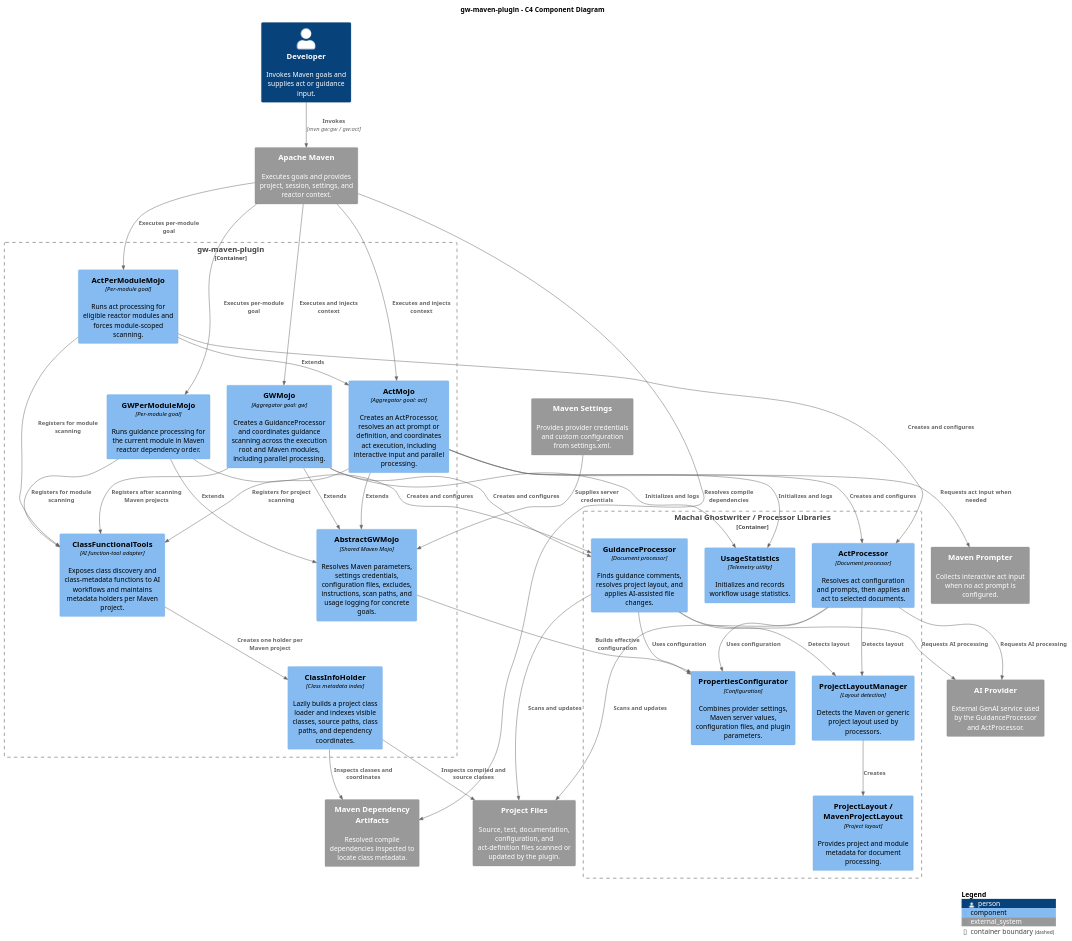
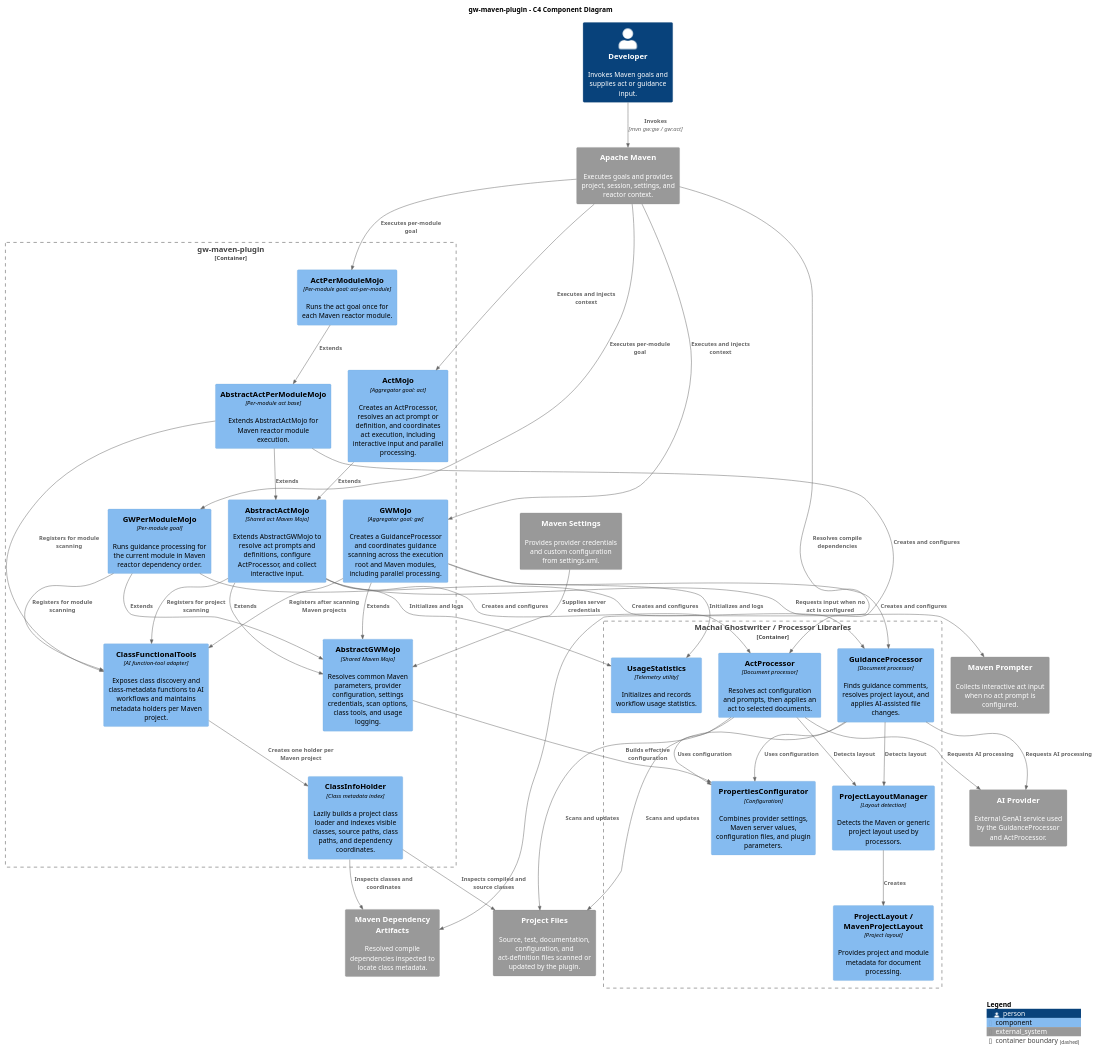
One commit to machanism-org/machai changed the diagram in gw-maven-plugin/src/site/puml/project-structure/c4-diagram.puml. Above: the diagram before and after it, drawn with PlantUML. The commit also changed 5 other files, not shown here.

```diff
--- a/gw-maven-plugin/src/site/puml/project-structure/c4-diagram.puml
+++ b/gw-maven-plugin/src/site/puml/project-structure/c4-diagram.puml
@@ -10,74 +10,78 @@
 @startuml gw-maven-plugin-components
 !include <C4/C4_Component>
 
 LAYOUT_WITH_LEGEND()
 
 title gw-maven-plugin - C4 Component Diagram
 
 Person(developer, "Developer", "Invokes Maven goals and supplies act or guidance input.")
 
 System_Ext(maven, "Apache Maven", "Executes goals and provides project, session, settings, and reactor context.")
 System_Ext(maven_settings, "Maven Settings", "Provides provider credentials and custom configuration from settings.xml.")
 System_Ext(dependency_artifacts, "Maven Dependency Artifacts", "Resolved compile dependencies inspected to locate class metadata.")
 System_Ext(prompter, "Maven Prompter", "Collects interactive act input when no act prompt is configured.")
 System_Ext(ai_provider, "AI Provider", "External GenAI service used by the GuidanceProcessor and ActProcessor.")
 System_Ext(project_files, "Project Files", "Source, test, documentation, configuration, and act-definition files scanned or updated by the plugin.")
 
 Container_Boundary(plugin, "gw-maven-plugin") {
-    Component(abstract_mojo, "AbstractGWMojo", "Shared Maven Mojo", "Resolves Maven parameters, settings credentials, configuration files, excludes, instructions, scan paths, and usage logging for concrete goals.")
+    Component(abstract_gw_mojo, "AbstractGWMojo", "Shared Maven Mojo", "Resolves common Maven parameters, provider configuration, settings credentials, scan options, class tools, and usage logging.")
+    Component(abstract_act_mojo, "AbstractActMojo", "Shared act Maven Mojo", "Extends AbstractGWMojo to resolve act prompts and definitions, configure ActProcessor, and collect interactive input.")
+    Component(abstract_act_per_module_mojo, "AbstractActPerModuleMojo", "Per-module act base", "Extends AbstractActMojo for Maven reactor module execution.")
     Component(gw_mojo, "GWMojo", "Aggregator goal: gw", "Creates a GuidanceProcessor and coordinates guidance scanning across the execution root and Maven modules, including parallel processing.")
     Component(act_mojo, "ActMojo", "Aggregator goal: act", "Creates an ActProcessor, resolves an act prompt or definition, and coordinates act execution, including interactive input and parallel processing.")
     Component(gw_per_module_mojo, "GWPerModuleMojo", "Per-module goal", "Runs guidance processing for the current module in Maven reactor dependency order.")
-    Component(act_per_module_mojo, "ActPerModuleMojo", "Per-module goal", "Runs act processing for eligible reactor modules and forces module-scoped scanning.")
+    Component(act_per_module_mojo, "ActPerModuleMojo", "Per-module goal: act-per-module", "Runs the act goal once for each Maven reactor module.")
     Component(class_tools, "ClassFunctionalTools", "AI function-tool adapter", "Exposes class discovery and class-metadata functions to AI workflows and maintains metadata holders per Maven project.")
     Component(class_info_holder, "ClassInfoHolder", "Class metadata index", "Lazily builds a project class loader and indexes visible classes, source paths, class paths, and dependency coordinates.")
 }
 
 Container_Boundary(ghostwriter, "Machai Ghostwriter / Processor Libraries") {
     Component(guidance_processor, "GuidanceProcessor", "Document processor", "Finds guidance comments, resolves project layout, and applies AI-assisted file changes.")
     Component(act_processor, "ActProcessor", "Document processor", "Resolves act configuration and prompts, then applies an act to selected documents.")
     Component(project_layout_manager, "ProjectLayoutManager", "Layout detection", "Detects the Maven or generic project layout used by processors.")
     Component(project_layout, "ProjectLayout / MavenProjectLayout", "Project layout", "Provides project and module metadata for document processing.")
     Component(configurator, "PropertiesConfigurator", "Configuration", "Combines provider settings, Maven server values, configuration files, and plugin parameters.")
     Component(usage_stats, "UsageStatistics", "Telemetry utility", "Initializes and records workflow usage statistics.")
 }
 
 Rel(developer, maven, "Invokes", "mvn gw:gw / gw:act")
 Rel(maven, gw_mojo, "Executes and injects context")
 Rel(maven, act_mojo, "Executes and injects context")
 Rel(maven, gw_per_module_mojo, "Executes per-module goal")
 Rel(maven, act_per_module_mojo, "Executes per-module goal")
 Rel(maven, dependency_artifacts, "Resolves compile dependencies")
-Rel(maven_settings, abstract_mojo, "Supplies server credentials")
-Rel(act_mojo, prompter, "Requests act input when needed")
-Rel(abstract_mojo, configurator, "Builds effective configuration")
+Rel(maven_settings, abstract_gw_mojo, "Supplies server credentials")
+Rel(abstract_act_mojo, prompter, "Requests input when no act is configured")
+Rel(abstract_gw_mojo, configurator, "Builds effective configuration")
 
-Rel(gw_mojo, abstract_mojo, "Extends")
-Rel(act_mojo, abstract_mojo, "Extends")
-Rel(gw_per_module_mojo, abstract_mojo, "Extends")
-Rel(act_per_module_mojo, act_mojo, "Extends")
+Rel(gw_mojo, abstract_gw_mojo, "Extends")
+Rel(abstract_act_mojo, abstract_gw_mojo, "Extends")
+Rel(act_mojo, abstract_act_mojo, "Extends")
+Rel(abstract_act_per_module_mojo, abstract_act_mojo, "Extends")
+Rel(act_per_module_mojo, abstract_act_per_module_mojo, "Extends")
+Rel(gw_per_module_mojo, abstract_gw_mojo, "Extends")
 Rel(gw_mojo, guidance_processor, "Creates and configures")
-Rel(act_mojo, act_processor, "Creates and configures")
+Rel(abstract_act_mojo, act_processor, "Creates and configures")
 Rel(gw_per_module_mojo, guidance_processor, "Creates and configures")
-Rel(act_per_module_mojo, act_processor, "Creates and configures")
+Rel(abstract_act_per_module_mojo, act_processor, "Creates and configures")
 Rel(gw_mojo, class_tools, "Registers after scanning Maven projects")
-Rel(act_mojo, class_tools, "Registers for project scanning")
+Rel(abstract_act_mojo, class_tools, "Registers for project scanning")
 Rel(gw_per_module_mojo, class_tools, "Registers for module scanning")
-Rel(act_per_module_mojo, class_tools, "Registers for module scanning")
+Rel(abstract_act_per_module_mojo, class_tools, "Registers for module scanning")
 Rel(guidance_processor, project_layout_manager, "Detects layout")
 Rel(act_processor, project_layout_manager, "Detects layout")
 Rel(project_layout_manager, project_layout, "Creates")
 Rel(guidance_processor, configurator, "Uses configuration")
 Rel(act_processor, configurator, "Uses configuration")
 Rel(guidance_processor, project_files, "Scans and updates")
 Rel(act_processor, project_files, "Scans and updates")
 Rel(guidance_processor, ai_provider, "Requests AI processing")
 Rel(act_processor, ai_provider, "Requests AI processing")
 Rel(class_tools, class_info_holder, "Creates one holder per Maven project")
 Rel(class_info_holder, project_files, "Inspects compiled and source classes")
 Rel(class_info_holder, dependency_artifacts, "Inspects classes and coordinates")
 Rel(gw_mojo, usage_stats, "Initializes and logs")
-Rel(act_mojo, usage_stats, "Initializes and logs")
+Rel(abstract_act_mojo, usage_stats, "Initializes and logs")
 
 SHOW_LEGEND()
 @enduml
```
